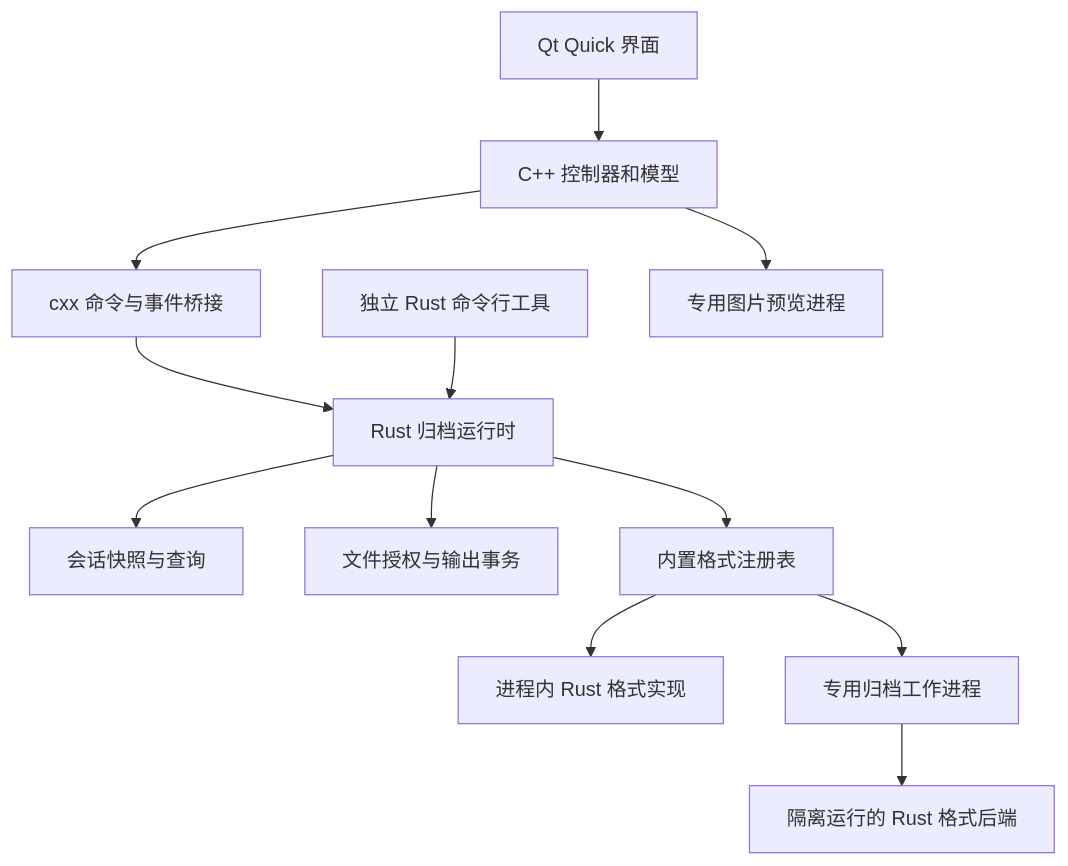
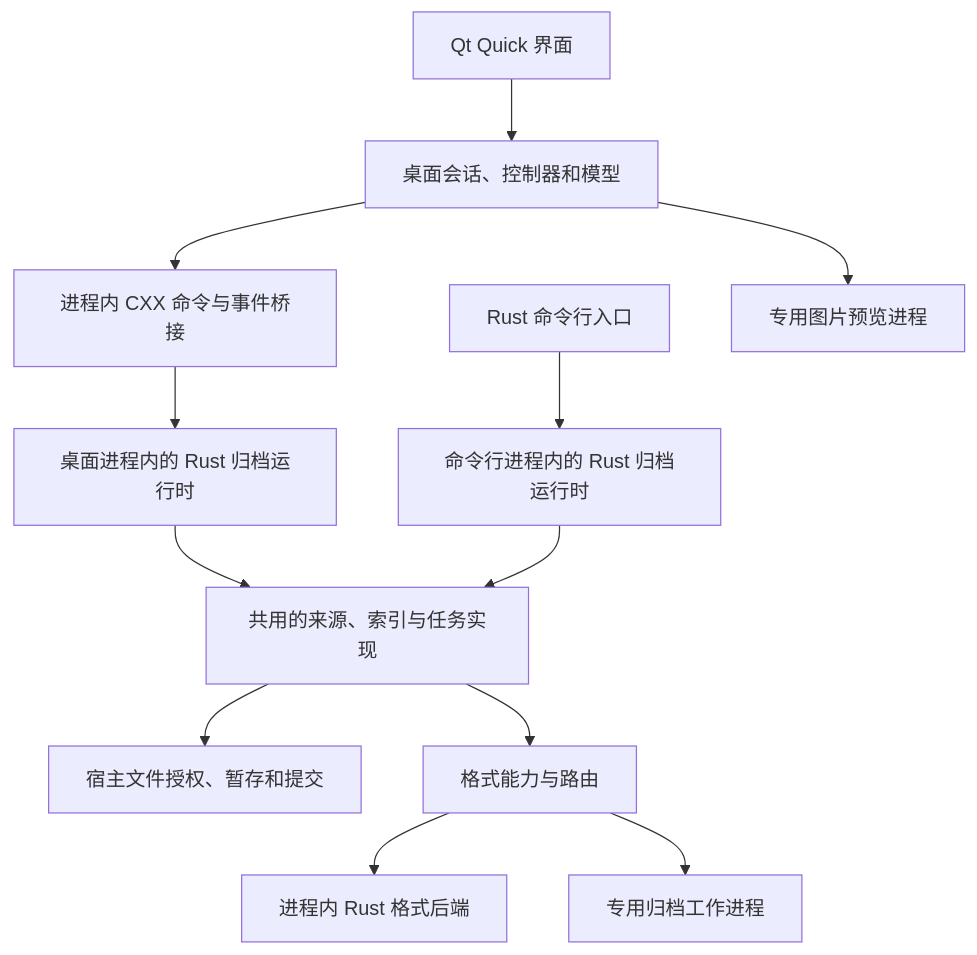
The first of 2 diagrams in docs/zh-CN/design/system-architecture.md (xiaodaozhi/xdzip), drawn with Mermaid before and after one commit. The commit also changed other lines of this file and 1 other file, not shown here.

Commit message:
Document current XDZip runtime architecture and archive flows

````diff
--- a/docs/zh-CN/design/system-architecture.md
+++ b/docs/zh-CN/design/system-architecture.md
@@ -7,14 +9,14 @@
 ```mermaid
 flowchart TB
-  UI[Qt Quick 界面] --> CPP[C++ 控制器和模型]
-  CPP --> BR[cxx 命令与事件桥接]
-  BR --> APP[Rust 归档运行时]
-  CLI[独立 Rust 命令行工具] --> APP
-  APP --> INDEX[会话快照与查询]
-  APP --> IO[文件授权与输出事务]
-  APP --> REG[内置格式注册表]
-  REG --> CODEC[进程内 Rust 格式实现]
-  REG --> WORKER[专用归档工作进程]
-  WORKER --> RUST[隔离运行的 Rust 格式后端]
-  CPP --> PREVIEW[专用图片预览进程]
+  UI[Qt Quick 界面] --> CPP[桌面会话、控制器和模型]
+  CPP --> BR[进程内 CXX 命令与事件桥接]
+  BR --> RT[桌面进程内的 Rust 归档运行时]
+  CLI[Rust 命令行入口] --> CLIRT[命令行进程内的 Rust 归档运行时]
+  RT --> CORE[共用的来源、索引与任务实现]
+  CLIRT --> CORE
+  CORE --> IO[宿主文件授权、暂存和提交]
+  CORE --> CODEC[格式能力与路由]
+  CODEC --> DIRECT[进程内 Rust 格式后端]
+  CODEC --> NATIVE[专用归档工作进程]
+  CPP --> IMAGE[专用图片预览进程]
 ```
````
